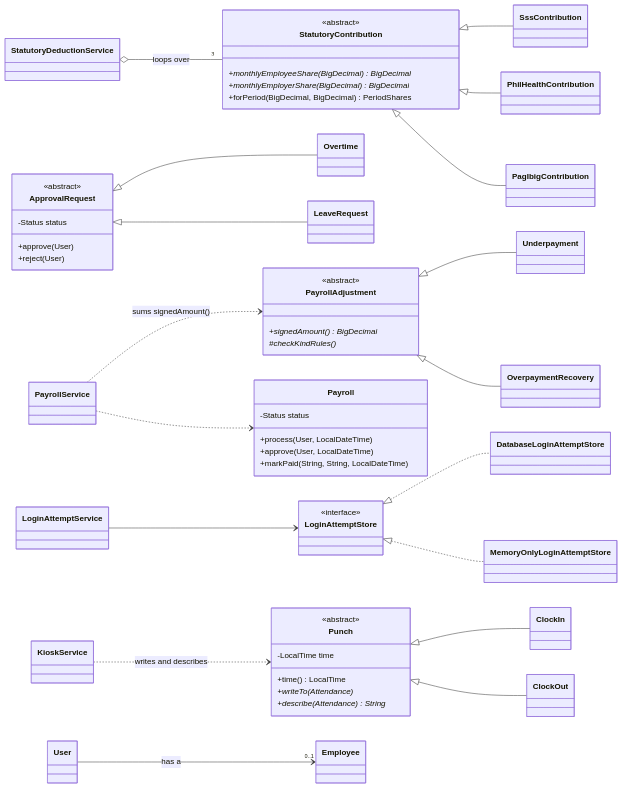
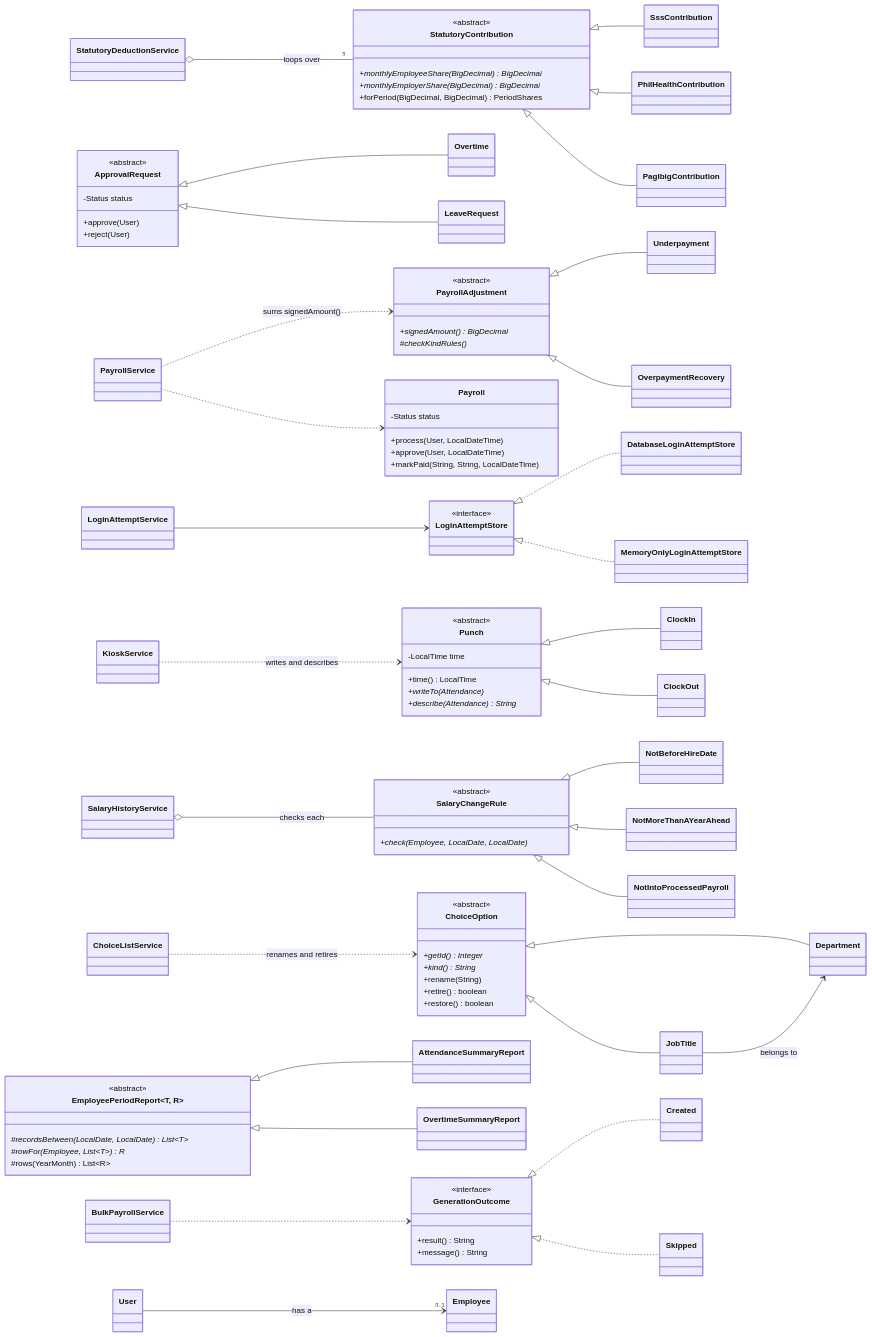
Before and after one commit to ArtXenos/Employger: the diagram in docs/OOP_CONCEPTS.md, drawn with Mermaid. The commit also changed other lines of this file, not shown here.

First line of the commit message:
OOP_CONCEPTS.md: explain how each concept is applied and how the code works

````diff
--- a/docs/OOP_CONCEPTS.md
+++ b/docs/OOP_CONCEPTS.md
@@ -345,5 +469,45 @@
     Punch <|-- ClockOut
     KioskService ..> Punch : writes and describes
 
+    class SalaryChangeRule {
+        <<abstract>>
+        +check(Employee, LocalDate, LocalDate)*
+    }
+    SalaryChangeRule <|-- NotBeforeHireDate
+    SalaryChangeRule <|-- NotMoreThanAYearAhead
+    SalaryChangeRule <|-- NotIntoProcessedPayroll
+    SalaryHistoryService o-- SalaryChangeRule : checks each
+
+    class ChoiceOption {
+        <<abstract>>
+        +getId()* Integer
+        +kind()* String
+        +rename(String)
+        +retire() boolean
+        +restore() boolean
+    }
+    ChoiceOption <|-- Department
+    ChoiceOption <|-- JobTitle
+    ChoiceListService ..> ChoiceOption : renames and retires
+    JobTitle --> Department : belongs to
+
+    class EmployeePeriodReport~T, R~ {
+        <<abstract>>
+        #recordsBetween(LocalDate, LocalDate)* List~T~
+        #rowFor(Employee, List~T~)* R
+        #rows(YearMonth) List~R~
+    }
+    EmployeePeriodReport <|-- AttendanceSummaryReport
+    EmployeePeriodReport <|-- OvertimeSummaryReport
+
+    class GenerationOutcome {
+        <<interface>>
+        +result() String
+        +message() String
+    }
+    GenerationOutcome <|.. Created
+    GenerationOutcome <|.. Skipped
+    BulkPayrollService ..> GenerationOutcome
+
     User --> "0..1" Employee : has a
 ```
````
